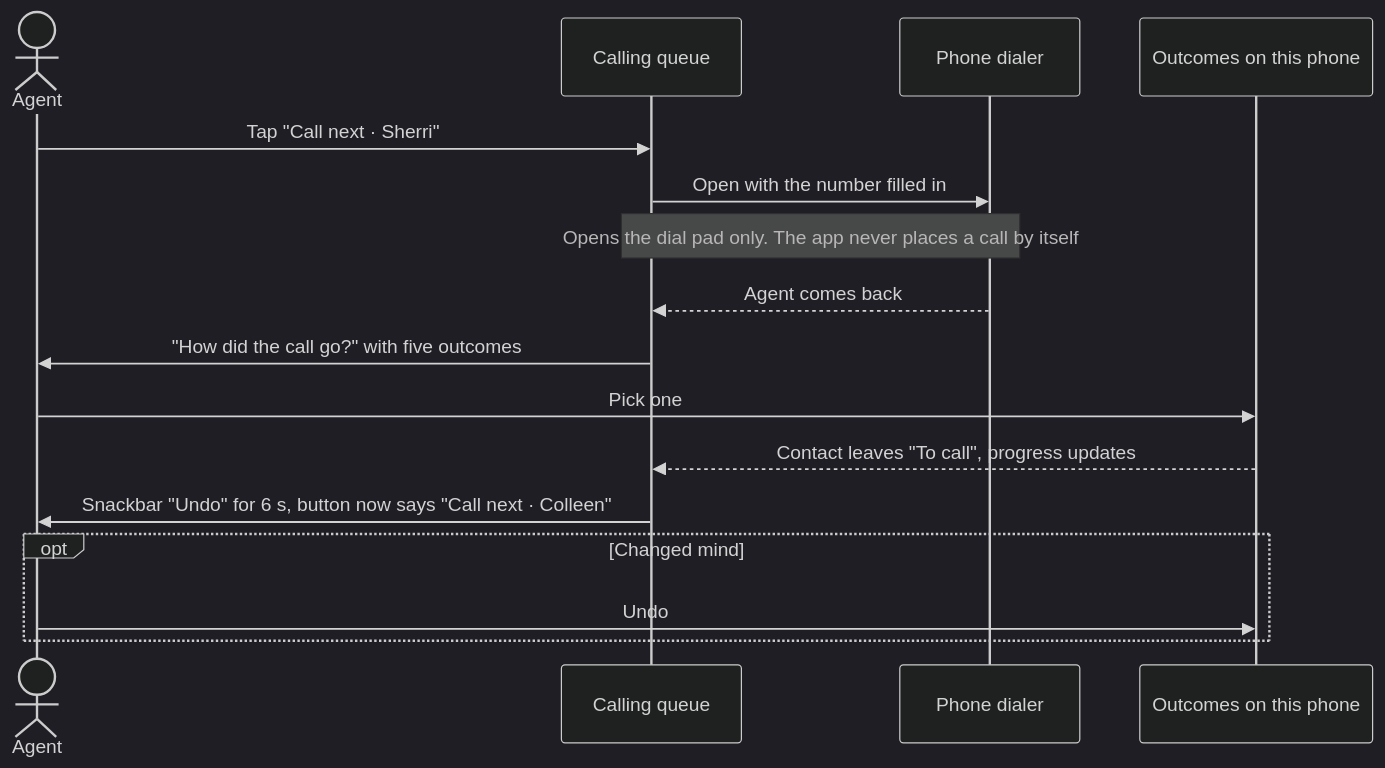
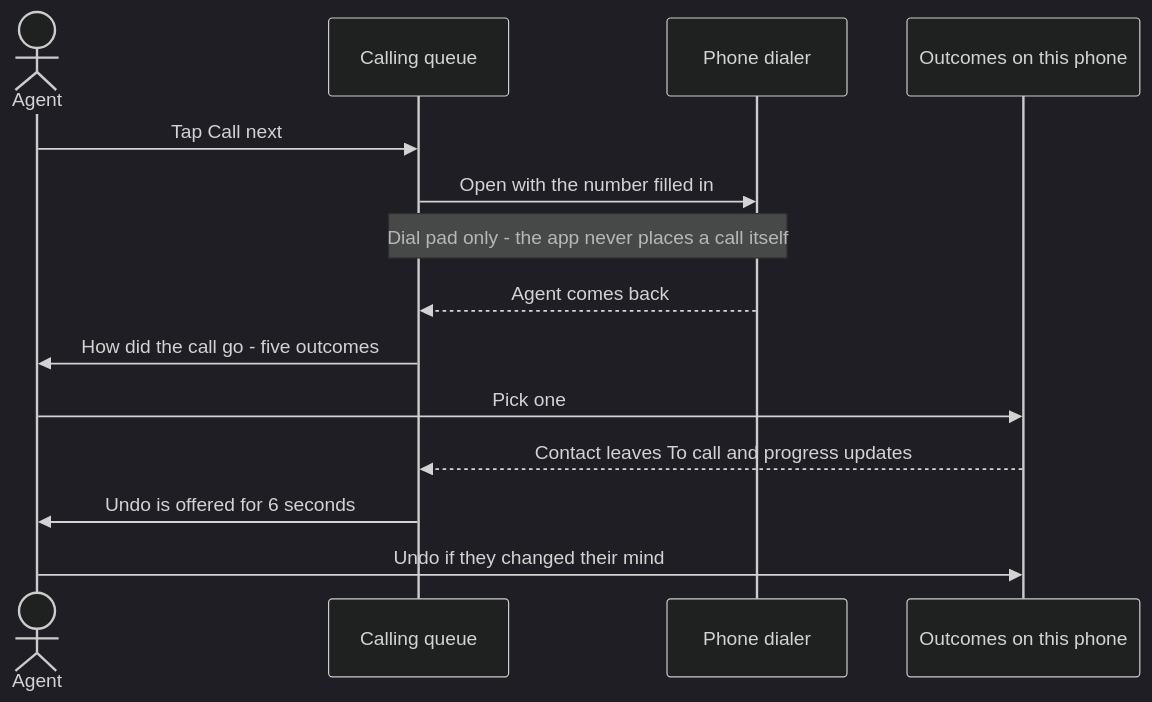
Before and after one commit to xeyynon/CS-Infotech-: the second of 5 diagrams in README.md, drawn with Mermaid (dark theme). The commit also changed other lines of this file, not shown here.

First line of the commit message:
InBul13: Redraw the README diagrams in plain syntax so GitHub renders them

````diff
--- a/README.md
+++ b/README.md
@@ -119,18 +118,16 @@
 ```mermaid
 sequenceDiagram
     actor Agent
     participant Queue as Calling queue
     participant Dialer as Phone dialer
     participant Store as Outcomes on this phone
-    Agent->>Queue: Tap "Call next · Sherri"
+    Agent->>Queue: Tap Call next
     Queue->>Dialer: Open with the number filled in
-    Note over Queue,Dialer: Opens the dial pad only. The app never places a call by itself
+    Note over Queue,Dialer: Dial pad only - the app never places a call itself
     Dialer-->>Queue: Agent comes back
-    Queue->>Agent: "How did the call go?" with five outcomes
+    Queue->>Agent: How did the call go - five outcomes
     Agent->>Store: Pick one
-    Store-->>Queue: Contact leaves "To call", progress updates
-    Queue->>Agent: Snackbar "Undo" for 6 s, button now says "Call next · Colleen"
-    opt Changed mind
-        Agent->>Store: Undo
-    end
+    Store-->>Queue: Contact leaves To call and progress updates
+    Queue->>Agent: Undo is offered for 6 seconds
+    Agent->>Store: Undo if they changed their mind
 ```
````
